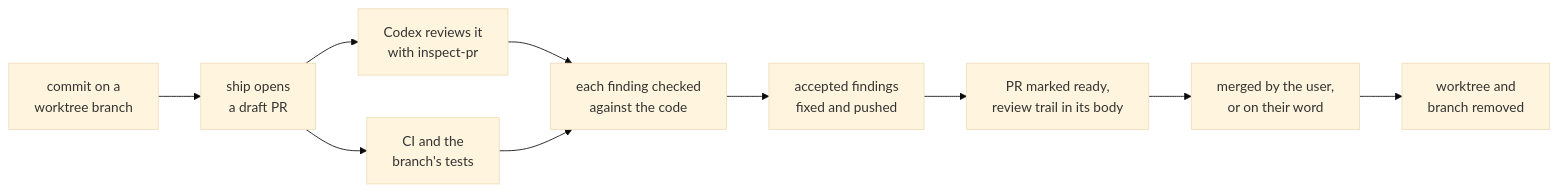
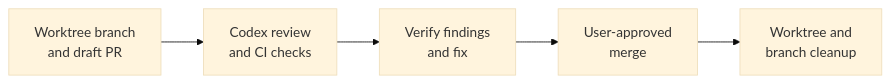
The diagram in README.md (msantana09/agent-harness), drawn with Mermaid (base theme) before and after one commit. The commit also changed other lines of this file, not shown here.

````diff
--- a/README.md
+++ b/README.md
@@ -35,12 +100,7 @@
 ```mermaid
 flowchart LR
-    branch["commit on a<br/>worktree branch"] --> draft["ship opens<br/>a draft PR"]
-    draft --> review["Codex reviews it<br/>with inspect-pr"]
-    draft --> ci["CI and the<br/>branch's tests"]
-    review --> triage["each finding checked<br/>against the code"]
-    ci --> triage
-    triage --> fix["accepted findings<br/>fixed and pushed"]
-    fix --> ready["PR marked ready,<br/>review trail in its body"]
-    ready --> merge["merged by the user,<br/>or on their word"]
-    merge --> cleanup["worktree and<br/>branch removed"]
+    branch["Worktree branch<br/>and draft PR"] --> review["Codex review<br/>and CI checks"]
+    review --> fix["Verify findings<br/>and fix"]
+    fix --> merge["User-approved<br/>merge"]
+    merge --> cleanup["Worktree and<br/>branch cleanup"]
 ```
````
